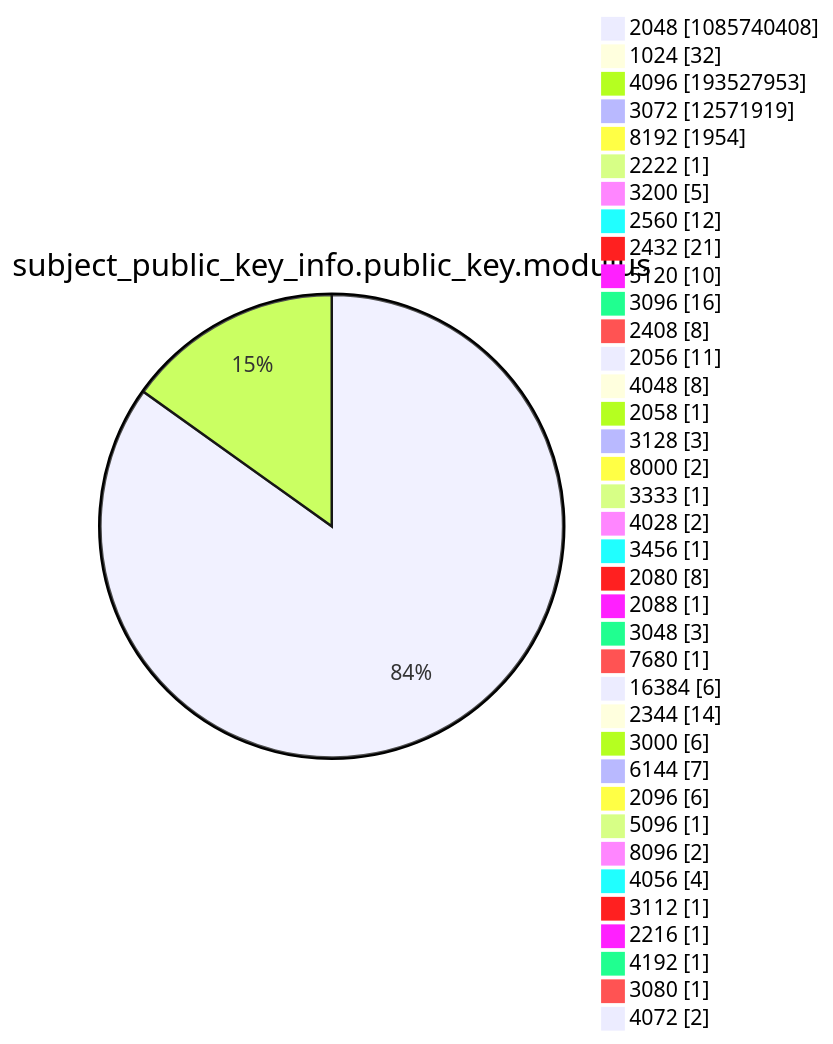
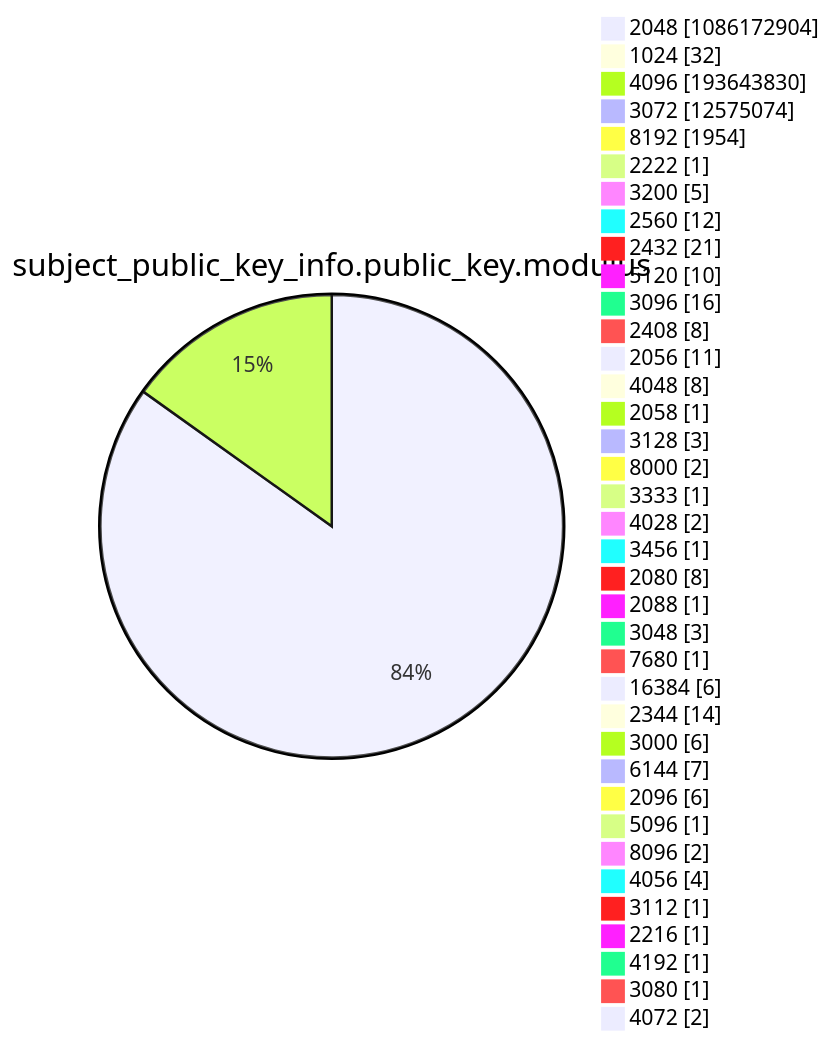
One commit to christiankrug/ctmonitor_visualization changed diagram 13 of 15 in argon2022/README.md. Above: the diagram before and after it, drawn with Mermaid. The commit also changed other lines of this file, not shown here.

````diff
--- a/argon2022/README.md
+++ b/argon2022/README.md
@@ -3589,41 +3589,41 @@
 ```mermaid
 pie showData
 title subject_public_key_info.public_key.modulus
-"2048" :1085740408
+"2048" :1086172904
 "1024" :32
-"4096" :193527953
-"3072" :12571919
+"4096" :193643830
+"3072" :12575074
 "8192" :1954
 "2222" :1
 "3200" :5
 "2560" :12
 "2432" :21
 "5120" :10
 "3096" :16
 "2408" :8
 "2056" :11
 "4048" :8
 "2058" :1
 "3128" :3
 "8000" :2
 "3333" :1
 "4028" :2
 "3456" :1
 "2080" :8
 "2088" :1
 "3048" :3
 "7680" :1
 "16384" :6
 "2344" :14
 "3000" :6
 "6144" :7
 "2096" :6
 "5096" :1
 "8096" :2
 "4056" :4
 "3112" :1
 "2216" :1
 "4192" :1
 "3080" :1
 "4072" :2
 ```
````
